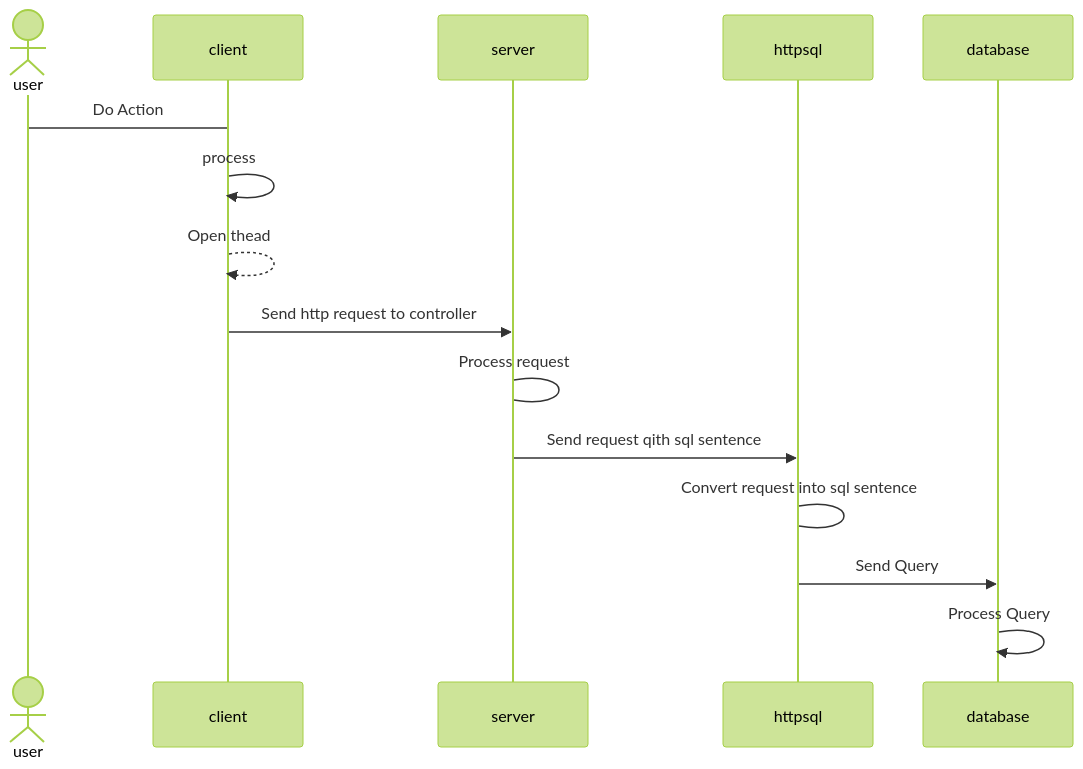
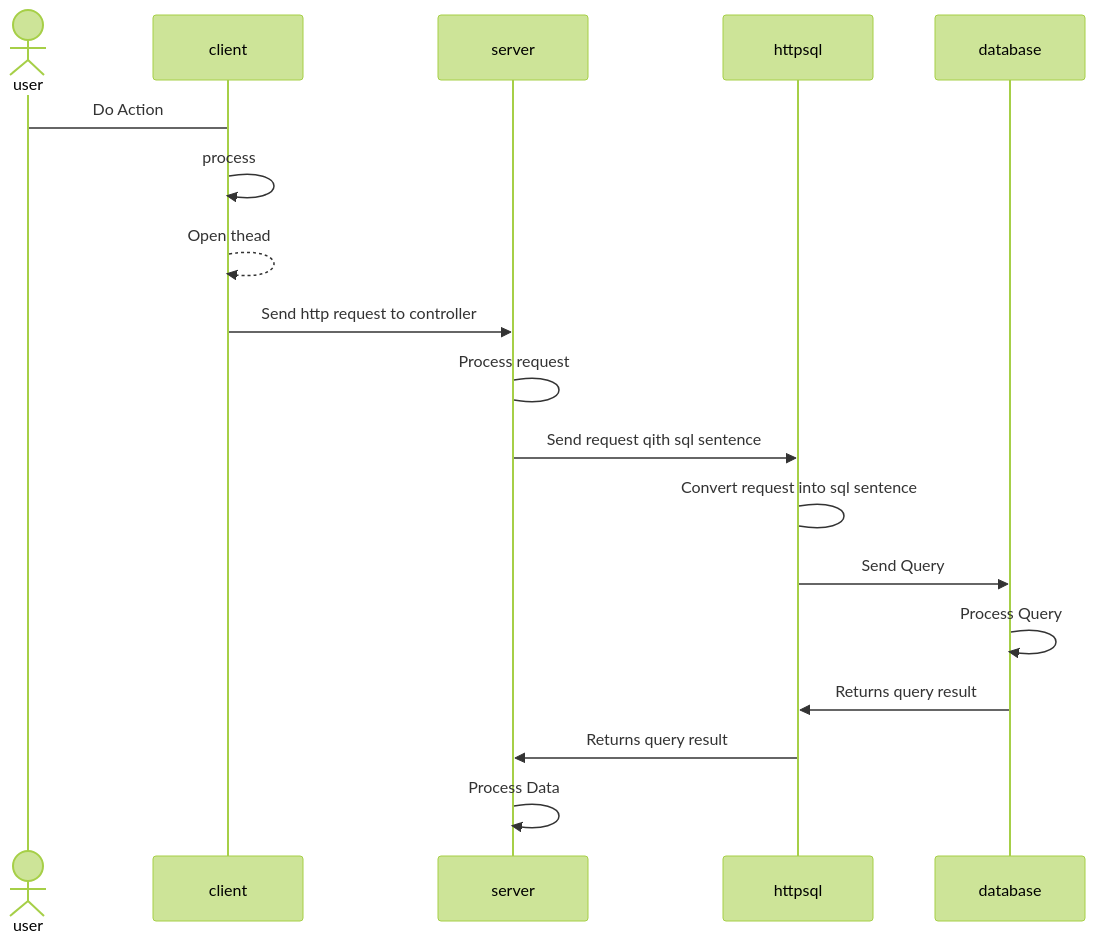
One commit to dchaves80/Automata changed the diagram in README.md. Above: the diagram before and after it, drawn with Mermaid (forest theme).

````diff
--- a/README.md
+++ b/README.md
@@ -4,21 +4,25 @@
 ```mermaid
 sequenceDiagram
   actor user
   participant client
   participant server
   participant httpsql
   participant database
 %% 1
   user->client: Do Action
   client->>client: process
 %% 1
   client-->>client:Open thead
   client->>server:Send http request to controller
   server->server:Process request
   server->>httpsql:Send request qith sql sentence
   httpsql->httpsql:Convert request into sql sentence
   httpsql->>database:Send Query
   database->>database:Process Query
-  
+  database->>httpsql:Returns query result
+  httpsql->>server:Returns query result
+  server->>server:Process Data
+
+
 
 ```
````
